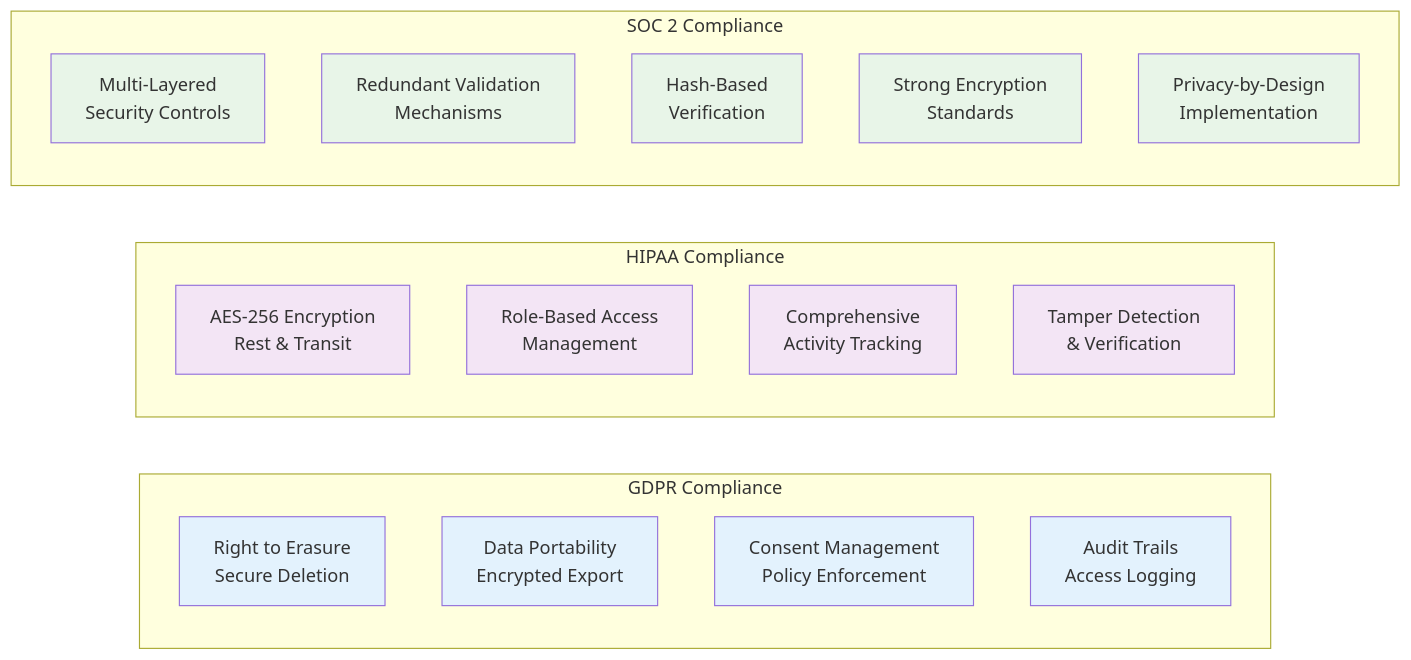
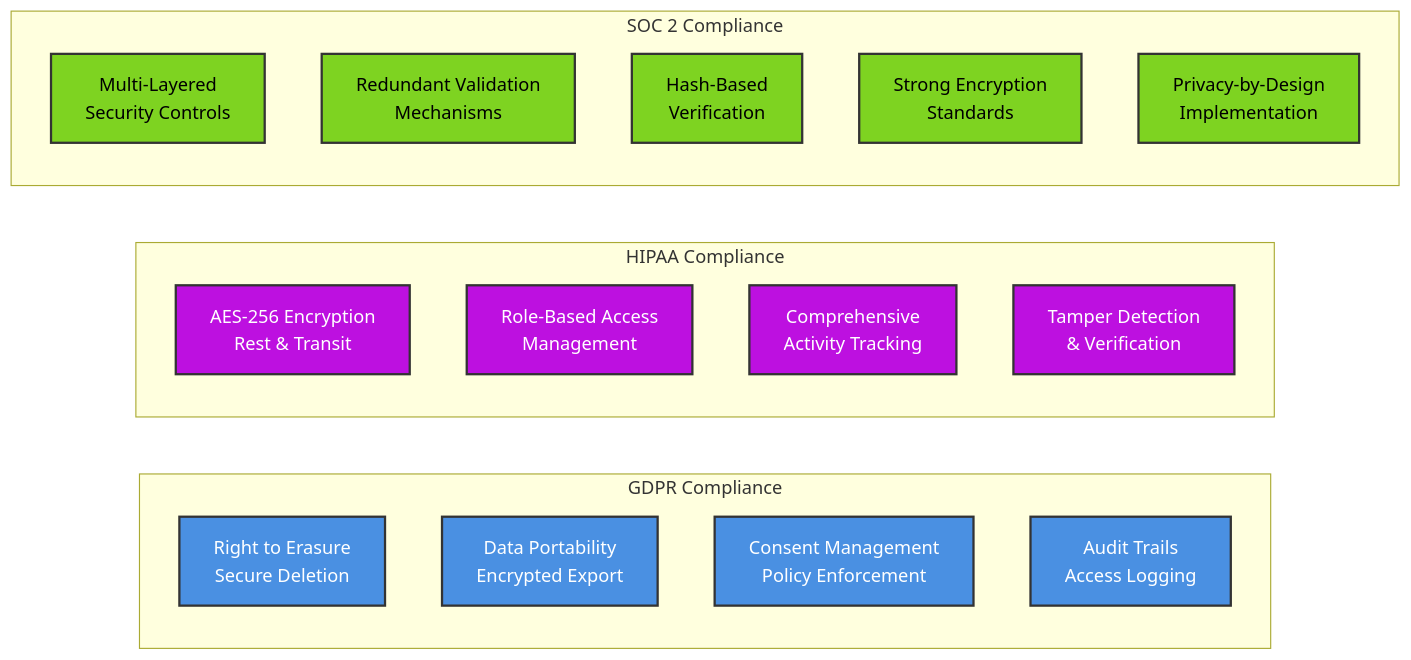
Diagram 16 of 24 in SECURITY_SPECIFICATION.md (mbhatt1/maifscratch), drawn with Mermaid before and after one commit. The commit also changed other lines of this file, not shown here.

````diff
--- a/SECURITY_SPECIFICATION.md
+++ b/SECURITY_SPECIFICATION.md
@@ -741,38 +741,38 @@
 ```mermaid
 graph LR
     subgraph "GDPR Compliance"
         A[Right to Erasure<br/>Secure Deletion]
         B[Data Portability<br/>Encrypted Export]
         C[Consent Management<br/>Policy Enforcement]
         D[Audit Trails<br/>Access Logging]
     end
     
     subgraph "HIPAA Compliance"
         E[AES-256 Encryption<br/>Rest & Transit]
         F[Role-Based Access<br/>Management]
         G[Comprehensive<br/>Activity Tracking]
         H[Tamper Detection<br/>& Verification]
     end
     
     subgraph "SOC 2 Compliance"
         I[Multi-Layered<br/>Security Controls]
         J[Redundant Validation<br/>Mechanisms]
         K[Hash-Based<br/>Verification]
         L[Strong Encryption<br/>Standards]
         M[Privacy-by-Design<br/>Implementation]
     end
     
-    style A fill:#e3f2fd
-    style B fill:#e3f2fd
-    style C fill:#e3f2fd
-    style D fill:#e3f2fd
-    style E fill:#f3e5f5
-    style F fill:#f3e5f5
-    style G fill:#f3e5f5
-    style H fill:#f3e5f5
-    style I fill:#e8f5e8
-    style J fill:#e8f5e8
-    style K fill:#e8f5e8
-    style L fill:#e8f5e8
-    style M fill:#e8f5e8
+    style A fill:#4A90E2,stroke:#333,stroke-width:2px,color:#fff
+    style B fill:#4A90E2,stroke:#333,stroke-width:2px,color:#fff
+    style C fill:#4A90E2,stroke:#333,stroke-width:2px,color:#fff
+    style D fill:#4A90E2,stroke:#333,stroke-width:2px,color:#fff
+    style E fill:#BD10E0,stroke:#333,stroke-width:2px,color:#fff
+    style F fill:#BD10E0,stroke:#333,stroke-width:2px,color:#fff
+    style G fill:#BD10E0,stroke:#333,stroke-width:2px,color:#fff
+    style H fill:#BD10E0,stroke:#333,stroke-width:2px,color:#fff
+    style I fill:#7ED321,stroke:#333,stroke-width:2px,color:#000
+    style J fill:#7ED321,stroke:#333,stroke-width:2px,color:#000
+    style K fill:#7ED321,stroke:#333,stroke-width:2px,color:#000
+    style L fill:#7ED321,stroke:#333,stroke-width:2px,color:#000
+    style M fill:#7ED321,stroke:#333,stroke-width:2px,color:#000
 ```
````
